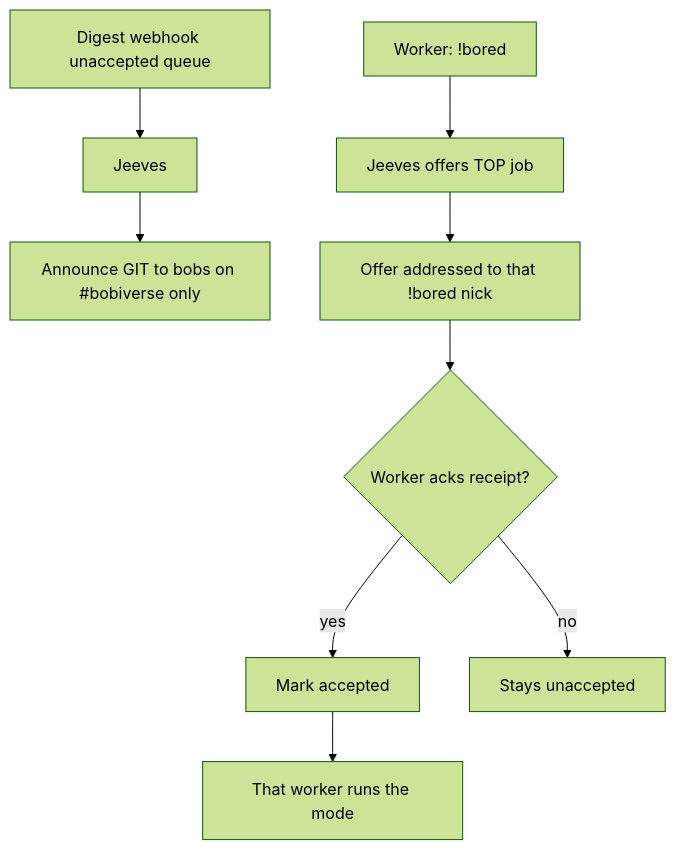
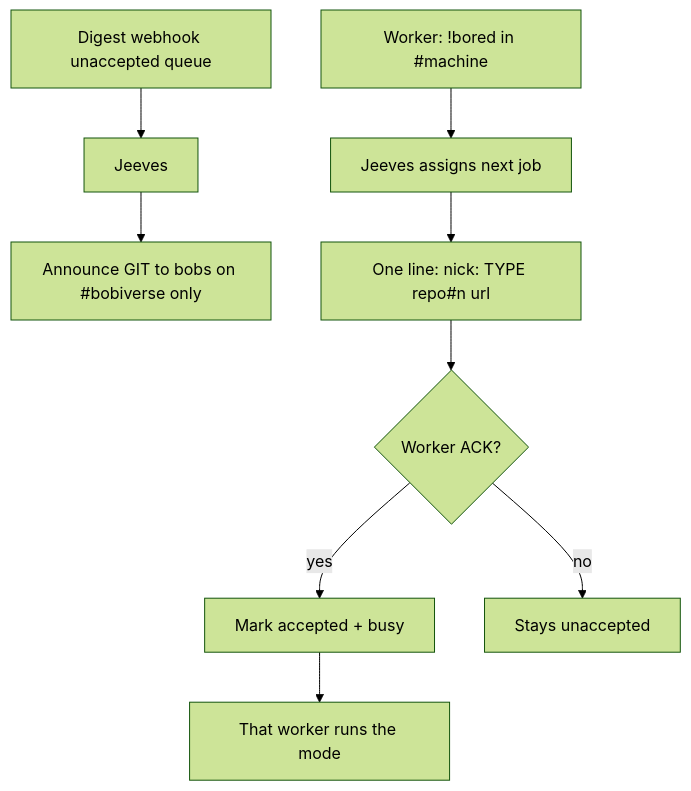
The fourth of 5 diagrams in README.md (SimonBarnett/agentic_build), drawn with Mermaid (forest theme) before and after one commit. The commit also changed other lines of this file and 3 other files, not shown here.

First line of the commit message:
docs(K10): Jeeves assigns on !bored (align with gh-Jeeves FR #106)

````diff
--- a/README.md
+++ b/README.md
@@ -184,11 +184,11 @@
 ```mermaid
 flowchart TD
   A[Digest webhook unaccepted queue] --> B[Jeeves]
   B --> C["Announce GIT to bobs on #bobiverse only"]
-  D[Worker: !bored] --> E[Jeeves offers TOP job]
-  E --> F[Offer addressed to that !bored nick]
-  F --> G{Worker acks receipt?}
-  G -->|yes| H[Mark accepted]
+  D[Worker: !bored in #machine] --> E[Jeeves assigns next job]
+  E --> F["One line: nick: TYPE repo#n url"]
+  F --> G{Worker ACK?}
+  G -->|yes| H[Mark accepted + busy]
   G -->|no| I[Stays unaccepted]
   H --> J[That worker runs the mode]
 ```
````
